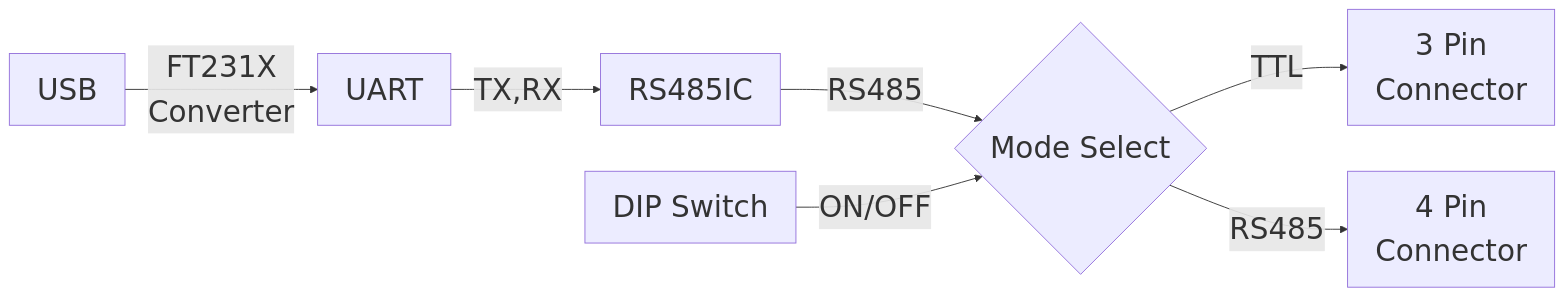
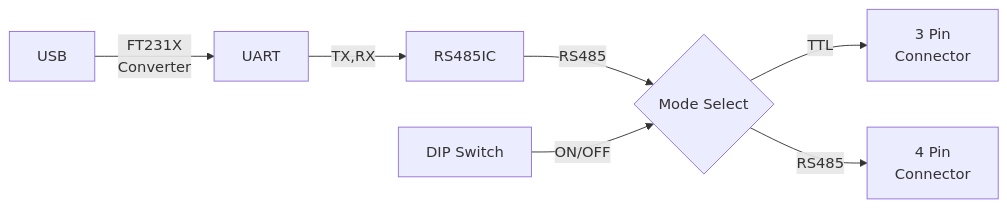
The diagram in SST-Single/doc/1_Assembly.md (rmf-hru-wg/SerialServoTester), drawn with Mermaid before and after one commit. The commit also changed other lines of this file, not shown here.

````diff
--- a/SST-Single/doc/1_Assembly.md
+++ b/SST-Single/doc/1_Assembly.md
@@ -82,10 +81,9 @@
-<div class="mermaid">
-%%{init: {'themeVariables': { 'fontSize': '200%'}}}%%
+```mermaid
 flowchart LR;
     USB -- FT231X<br>Converter --> UART
     UART -- TX,RX --> RS485IC
     RS485IC -- RS485 --> SEL{Mode Select}
     SW[DIP Switch] -- ON/OFF --> SEL
     SEL -- TTL --> 3PIN[3 Pin<br>Connector]
     SEL -- RS485 --> 4PIN[4 Pin<br>Connector]
-</div>
+```
````
